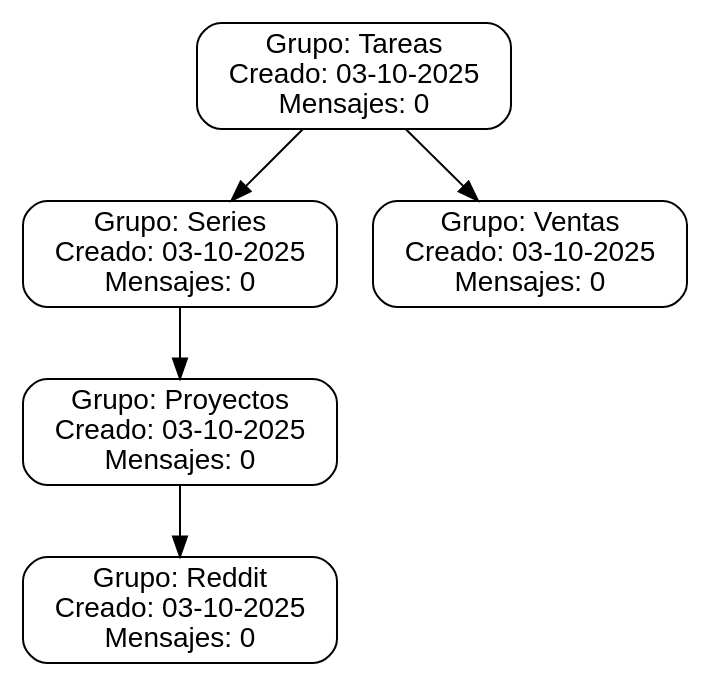
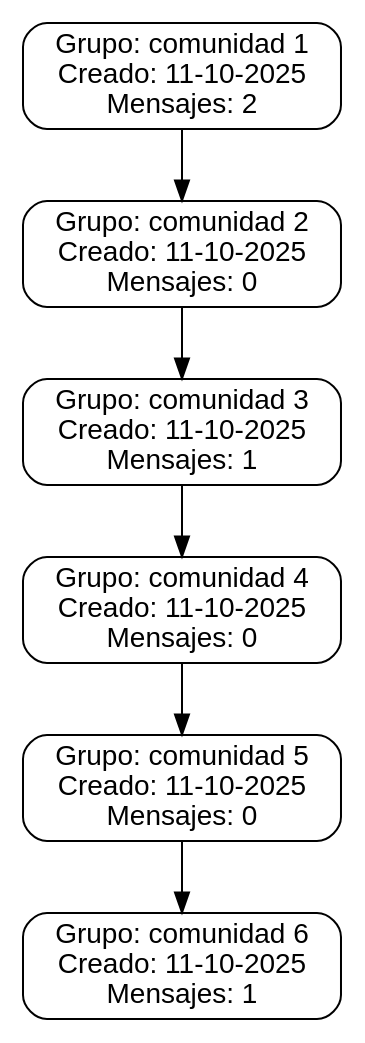
Before and after one commit to YurySantosGit/-EDD-2S2025_202113318: the diagram in Fase2/root-Reportes/comunidades_bst.dot, drawn with Graphviz. The commit also changed 235 other files, not shown here.

```diff
--- a/Fase2/root-Reportes/comunidades_bst.dot
+++ b/Fase2/root-Reportes/comunidades_bst.dot
@@ -1,13 +1,15 @@
 digraph ComunidadesBST {
   rankdir=TB;
   node [style="rounded"];
-  n140458989543744 [shape=box, fontname="Helvetica", label="Grupo: Tareas\nCreado: 03-10-2025\nMensajes: 0"];
-  n140458989543744 -> n140458989544256;
-  n140458989543744 -> n140458989544640;
-  n140458989544256 [shape=box, fontname="Helvetica", label="Grupo: Series\nCreado: 03-10-2025\nMensajes: 0"];
-  n140458989544256 -> n140458989545152;
-  n140458989545152 [shape=box, fontname="Helvetica", label="Grupo: Proyectos\nCreado: 03-10-2025\nMensajes: 0"];
-  n140458989545152 -> n140458989545664;
-  n140458989545664 [shape=box, fontname="Helvetica", label="Grupo: Reddit\nCreado: 03-10-2025\nMensajes: 0"];
-  n140458989544640 [shape=box, fontname="Helvetica", label="Grupo: Ventas\nCreado: 03-10-2025\nMensajes: 0"];
+  n128466166777536 [shape=box, fontname="Helvetica", label="Grupo: comunidad 1\nCreado: 11-10-2025\nMensajes: 2"];
+  n128466166777536 -> n128466166776960;
+  n128466166776960 [shape=box, fontname="Helvetica", label="Grupo: comunidad 2\nCreado: 11-10-2025\nMensajes: 0"];
+  n128466166776960 -> n128466166776512;
+  n128466166776512 [shape=box, fontname="Helvetica", label="Grupo: comunidad 3\nCreado: 11-10-2025\nMensajes: 1"];
+  n128466166776512 -> n128466166776384;
+  n128466166776384 [shape=box, fontname="Helvetica", label="Grupo: comunidad 4\nCreado: 11-10-2025\nMensajes: 0"];
+  n128466166776384 -> n128466166781248;
+  n128466166781248 [shape=box, fontname="Helvetica", label="Grupo: comunidad 5\nCreado: 11-10-2025\nMensajes: 0"];
+  n128466166781248 -> n128466166781696;
+  n128466166781696 [shape=box, fontname="Helvetica", label="Grupo: comunidad 6\nCreado: 11-10-2025\nMensajes: 1"];
 }
```
